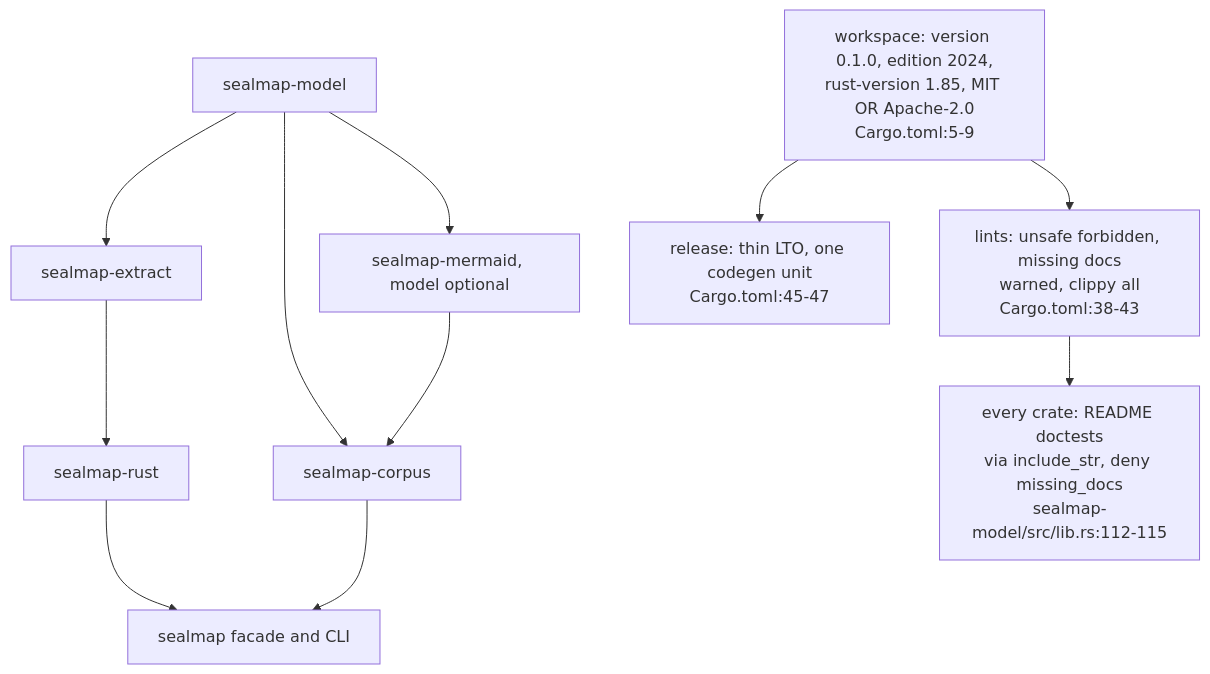
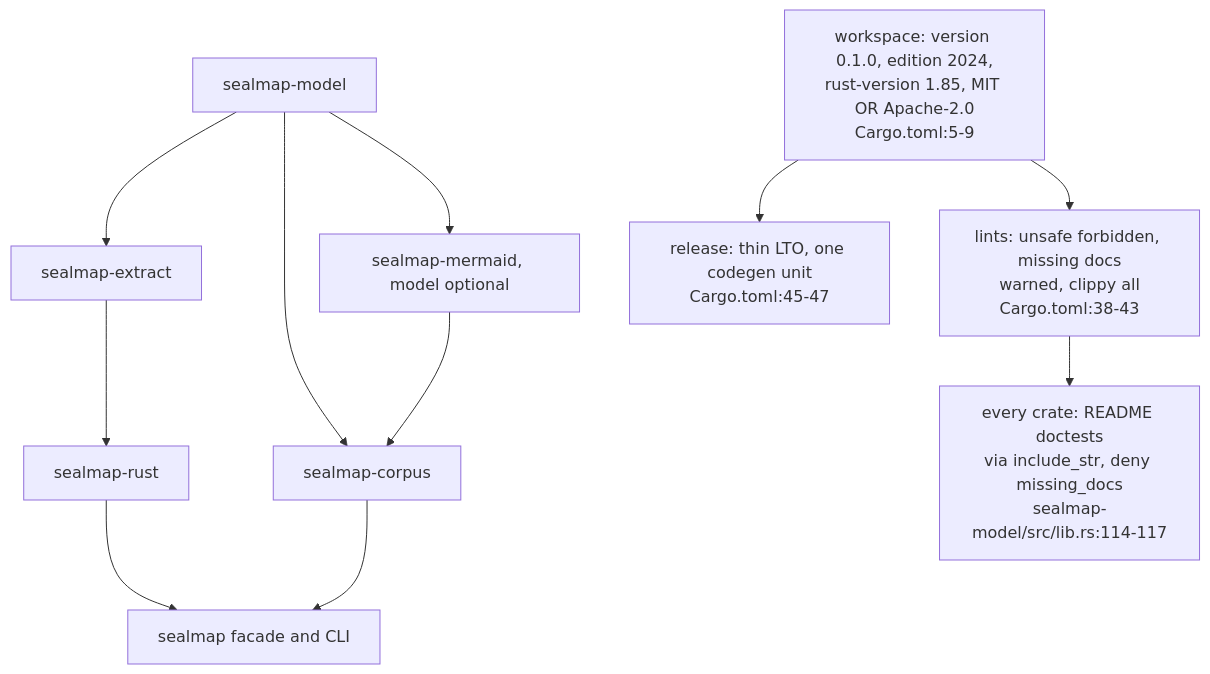
Before and after one commit to DreamLab-AI/codemaid: the fourth of 5 diagrams in docs/diagrams/delivery/01-ci-msrv-and-determinism.md, drawn with Mermaid. The commit also changed other lines of this file and 22 other files, not shown here.

First line of the commit message:
docs(diagrams): COR-04 and COR-05 for the seal surface; re-stamp every topic at ae478d9

````diff
--- a/docs/diagrams/delivery/01-ci-msrv-and-determinism.md
+++ b/docs/diagrams/delivery/01-ci-msrv-and-determinism.md
@@ -167,22 +193,22 @@
 ```mermaid
 flowchart TB
     WS["workspace: version 0.1.0, edition 2024,<br/>rust-version 1.85, MIT OR Apache-2.0<br/>Cargo.toml:5-9"]
     LN["lints: unsafe forbidden, missing docs<br/>warned, clippy all<br/>Cargo.toml:38-43"]
     MO["sealmap-model"]
     MM["sealmap-mermaid, model optional"]
     XT["sealmap-extract"]
     RU["sealmap-rust"]
     CO["sealmap-corpus"]
     FA["sealmap facade and CLI"]
-    DT["every crate: README doctests<br/>via include_str, deny missing_docs<br/>sealmap-model/src/lib.rs:112-115"]
+    DT["every crate: README doctests<br/>via include_str, deny missing_docs<br/>sealmap-model/src/lib.rs:114-117"]
     REL["release: thin LTO, one codegen unit<br/>Cargo.toml:45-47"]
     WS --> LN
     MO --> MM
     MO --> XT --> RU
     MO --> CO
     MM --> CO
     RU --> FA
     CO --> FA
     LN --> DT
     WS --> REL
 ```
````
